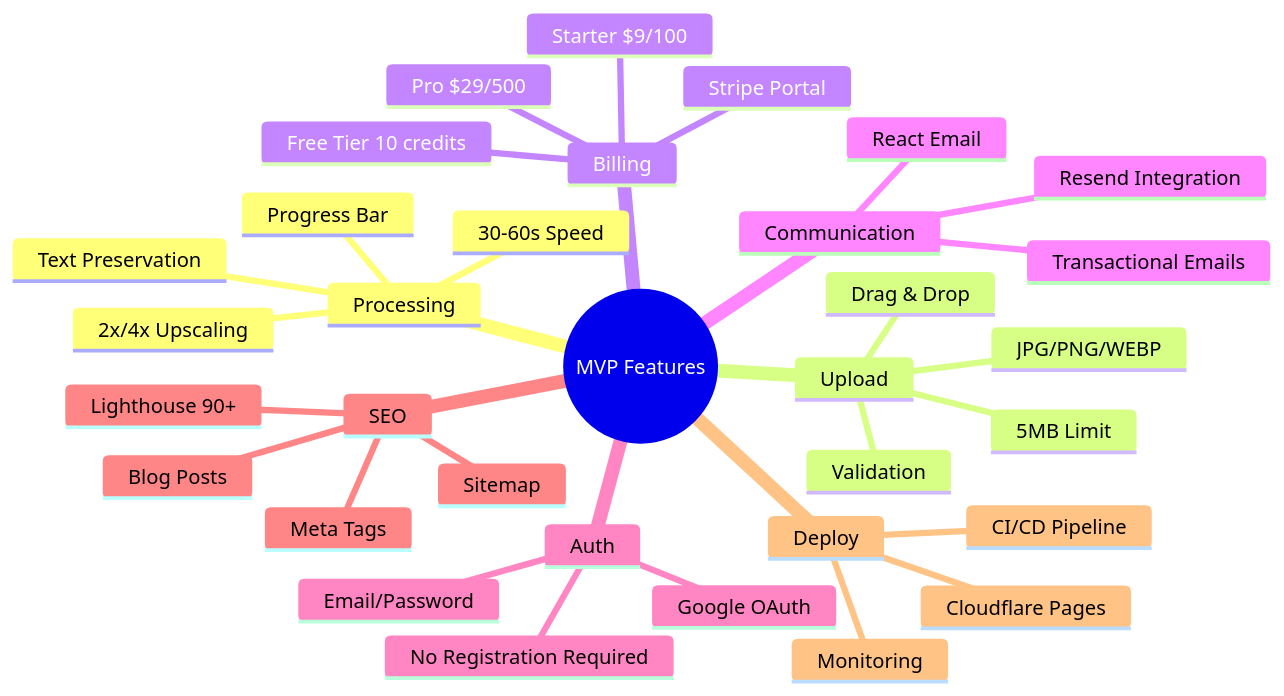
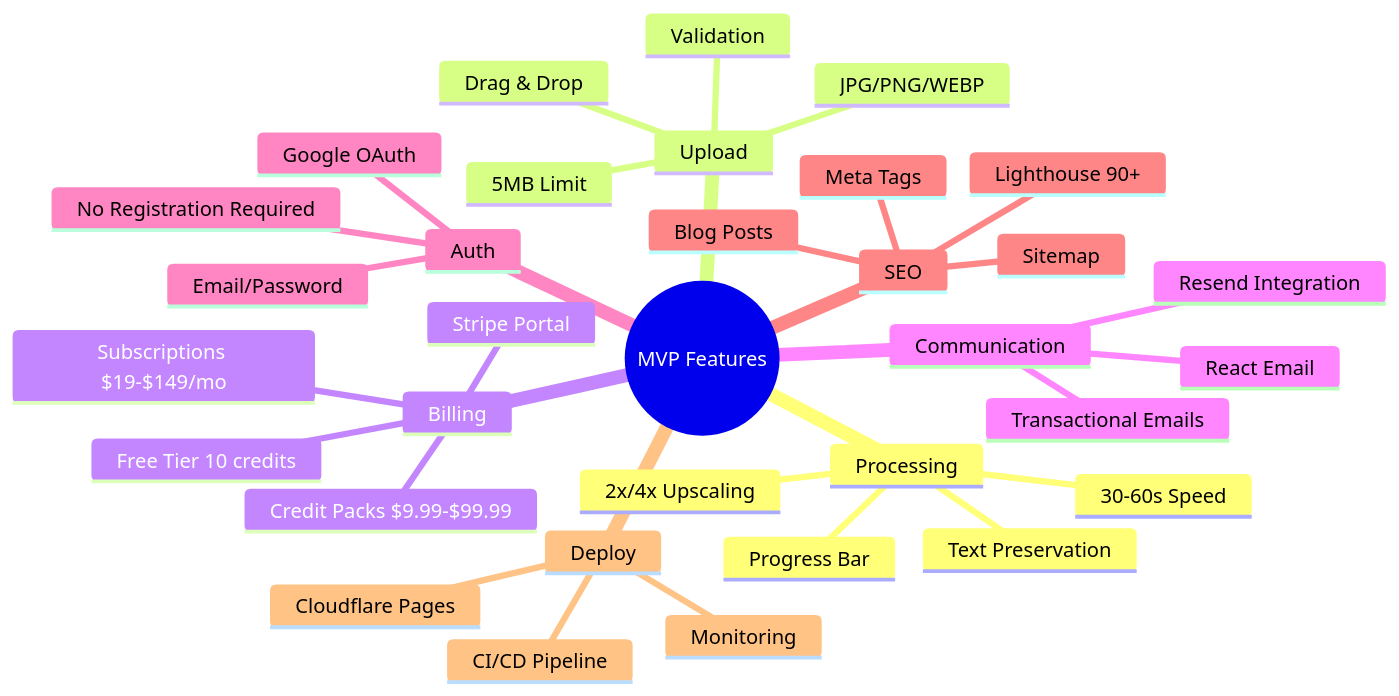
The fourth of 12 diagrams in docs/management/ROADMAP.md (ColdstartLabs-ca/myimageupscaler.com), drawn with Mermaid before and after one commit. The commit also changed other lines of this file and 1 other file, not shown here.

````diff
--- a/docs/management/ROADMAP.md
+++ b/docs/management/ROADMAP.md
@@ -262,36 +262,36 @@
 ```mermaid
 mindmap
   root((MVP Features))
     Processing
       2x/4x Upscaling
       Text Preservation
       30-60s Speed
       Progress Bar
     Upload
       Drag & Drop
       JPG/PNG/WEBP
       5MB Limit
       Validation
     Billing
       Free Tier 10 credits
-      Starter $9/100
-      Pro $29/500
+      Credit Packs $9.99-$99.99
+      Subscriptions $19-$149/mo
       Stripe Portal
     Communication
       Resend Integration
       React Email
       Transactional Emails
     Auth
       Email/Password
       Google OAuth
       No Registration Required
     SEO
       Meta Tags
       Sitemap
       Blog Posts
       Lighthouse 90+
     Deploy
       Cloudflare Pages
       CI/CD Pipeline
       Monitoring
 ```
````
